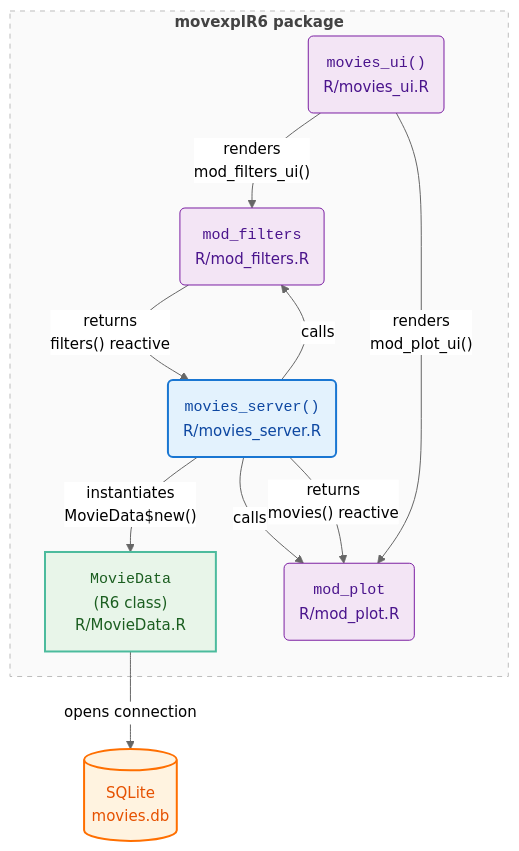
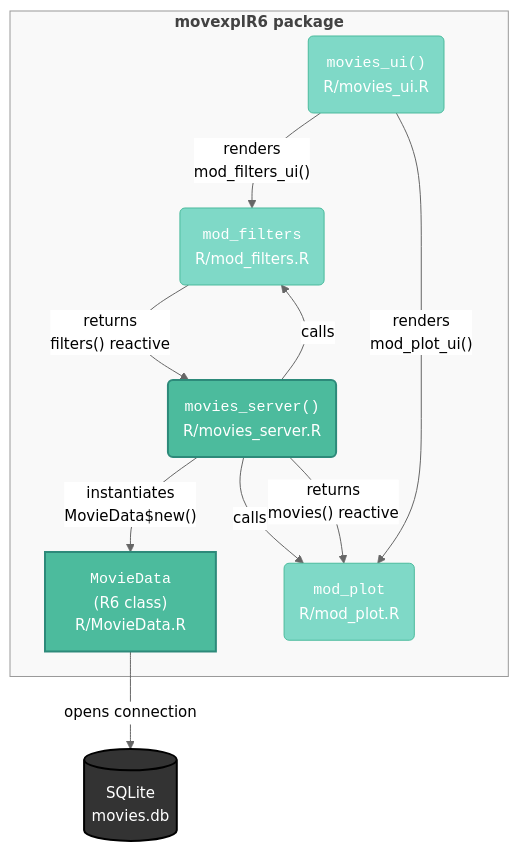
The first of 4 diagrams in r6.qmd (mjfrigaard/shiny-app-pkgs), drawn with Mermaid before and after one commit. The commit also changed 107 other files, not shown here.

First line of the commit message:
Add consistent teal/light-teal color styling to mermaid diagrams

````diff
--- a/r6.qmd
+++ b/r6.qmd
@@ -86,36 +86,36 @@
 ```{mermaid}
 %%| fig-cap: 'movexplR6 architecture: R6 owns state, Shiny owns reactivity'
 %%| fig-align: center
 %%| eval: true
 %%| echo: false
 %%{init: {'theme': 'neutral', 'themeVariables': { 'fontFamily': 'monospace', "fontSize":"15px"}}}%%
 
 flowchart TD
   subgraph Pkg["<strong>movexplR6 package</strong>"]
     MovData["<code>MovieData</code><br>(R6 class)<br>R/MovieData.R"]
     FilMod("<code>mod_filters</code><br>R/mod_filters.R")
     PltMod("<code>mod_plot</code><br>R/mod_plot.R")
     MovServ("<code>movies_server()</code><br>R/movies_server.R")
     MovUI("<code>movies_ui()</code><br>R/movies_ui.R")
   end
 
   DB[("SQLite<br>movies.db")]
 
   MovData -->|"opens connection"| DB
   MovServ -->|"instantiates<br>MovieData$new()"| MovData
   MovServ -->|"calls"| FilMod
   MovServ -->|"calls"| PltMod
   FilMod -->|"returns<br>filters() reactive"| MovServ
   MovServ -->|"returns<br>movies() reactive"| PltMod
   MovUI -->|"renders<br>mod_filters_ui()"| FilMod
   MovUI -->|"renders<br>mod_plot_ui()"| PltMod
 
-  style MovData fill:#E8F5E9,color:#1B5E20,stroke:#4CBB9D,stroke-width:2px
-  style MovServ fill:#E3F2FD,color:#0D47A1,stroke:#1976D2,stroke-width:2px
-  style FilMod fill:#F3E5F5,color:#4A148C,stroke:#7B1FA2,stroke-width:1px
-  style PltMod fill:#F3E5F5,color:#4A148C,stroke:#7B1FA2,stroke-width:1px
-  style MovUI fill:#F3E5F5,color:#4A148C,stroke:#7B1FA2,stroke-width:1px
-  style DB fill:#FFF3E0,color:#E65100,stroke:#FF6F00,stroke-width:2px
-  style Pkg fill:#FAFAFA,color:#424242,stroke:#BDBDBD,stroke-width:1px,stroke-dasharray: 5 5
+  style MovData fill:#4CBB9D,color:#fff,stroke:#2d8a7a,stroke-width:2px
+  style MovServ fill:#4CBB9D,color:#fff,stroke:#2d8a7a,stroke-width:2px
+  style FilMod fill:#7fd9c7,color:#fff,stroke:#4CBB9D,stroke-width:1px
+  style PltMod fill:#7fd9c7,color:#fff,stroke:#4CBB9D,stroke-width:1px
+  style MovUI fill:#7fd9c7,color:#fff,stroke:#4CBB9D,stroke-width:1px
+  style DB fill:#333,color:#fff,stroke:#000,stroke-width:2px
+  style Pkg fill:#f9f9f9,color:#424242,stroke:#999,stroke-width:1px
   
 ```
````
